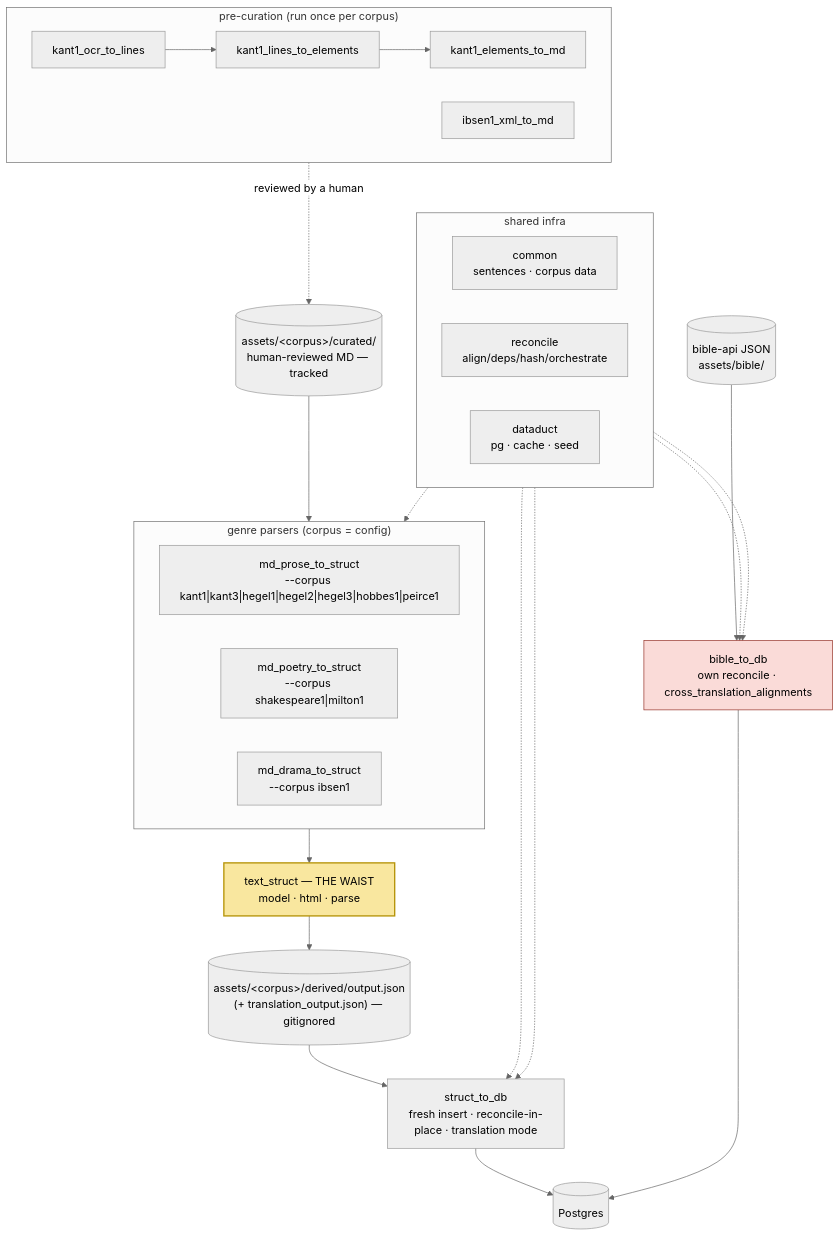
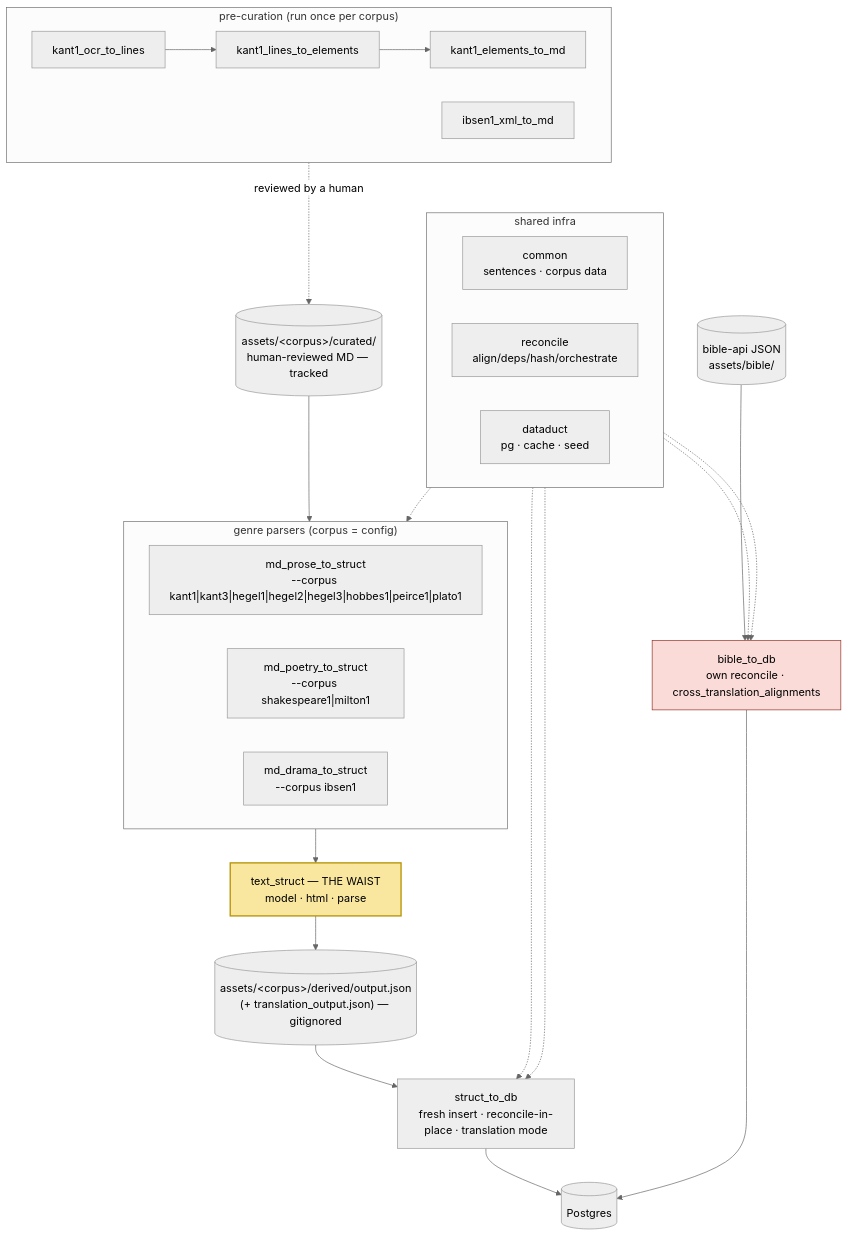
The first of 2 diagrams in docs/architecture/overview.md (scholia-study/scholia), drawn with Mermaid (neutral theme) before and after one commit. The commit also changed other lines of this file and 4 other files, not shown here.

````diff
--- a/docs/architecture/overview.md
+++ b/docs/architecture/overview.md
@@ -90,51 +90,51 @@
 ```mermaid
 flowchart TB
     subgraph pre ["pre-curation (run once per corpus)"]
         direction LR
         ocr["kant1_ocr_to_lines"] --> lines["kant1_lines_to_elements"] --> elem["kant1_elements_to_md"]
         tei["ibsen1_xml_to_md"]
     end
 
     curated[("assets/&lt;corpus&gt;/curated/<br/>human-reviewed MD — tracked")]
     pre -. "reviewed by a human" .-> curated
 
     subgraph parsers ["genre parsers (corpus = config)"]
         direction LR
-        prose["md_prose_to_struct<br/>--corpus kant1|kant3|hegel1|hegel2|hegel3|hobbes1|peirce1"]
+        prose["md_prose_to_struct<br/>--corpus kant1|kant3|hegel1|hegel2|hegel3|hobbes1|peirce1|plato1"]
         poetry["md_poetry_to_struct<br/>--corpus shakespeare1|milton1"]
         drama["md_drama_to_struct<br/>--corpus ibsen1"]
     end
 
     curated --> parsers
 
     waist["text_struct — THE WAIST<br/>model · html · parse"]
     parsers --> waist
 
     derived[("assets/&lt;corpus&gt;/derived/output.json<br/>(+ translation_output.json) — gitignored")]
     waist --> derived
 
     importer["struct_to_db<br/>fresh insert · reconcile-in-place · translation mode"]
     derived --> importer
 
     pg[(Postgres)]
     importer --> pg
 
     bibleapi[("bible-api JSON<br/>assets/bible/")] --> bible["bible_to_db<br/>own reconcile · cross_translation_alignments"]
     bible --> pg
 
     subgraph infra ["shared infra"]
         direction LR
         common["common<br/>sentences · corpus data"]
         reconcile["reconcile<br/>align/deps/hash/orchestrate"]
         dataduct["dataduct<br/>pg · cache · seed"]
     end
 
     common -.-> parsers
     reconcile -.-> importer
     reconcile -.-> bible
     dataduct -.-> importer
     dataduct -.-> bible
 
     style waist fill:#f9e79f,stroke:#b7950b,stroke-width:2px
     style bible fill:#fadbd8,stroke:#943126
 ```
````
